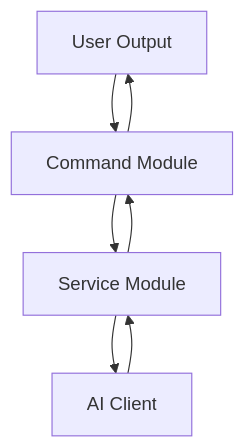
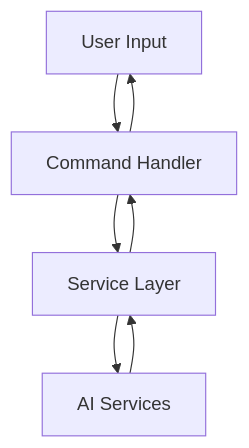
Before and after one commit to geogoesbeepboop/refiner: the first of 3 diagrams in docs/architecture.md, drawn with Mermaid. The commit also changed other lines of this file and 6 other files, not shown here.

First line of the commit message:
refactor: extract OpenAI client logic into dedicated module

````diff
--- a/docs/architecture.md
+++ b/docs/architecture.md
@@ -37,9 +33,9 @@
 ```mermaid
 graph TD;
-    A[User Input] --> B[Command Module];
-    B --> C[Service Module];
-    C --> D[AI Client];
+    A[User Input] --> B[Command Handler];
+    B --> C[Service Layer];
+    C --> D[AI Services];
     D --> C;
     C --> B;
-    B --> A[User Output];
+    B --> A;
 ```
````
